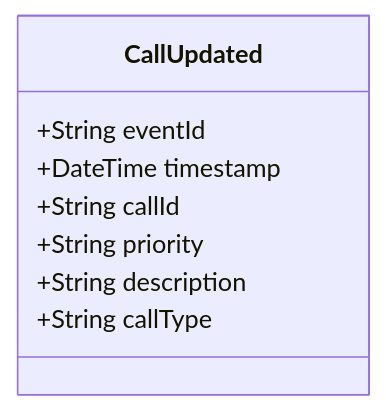
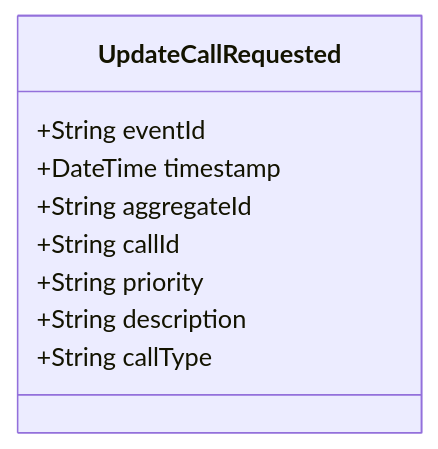
One commit to pgraff/police-system changed the diagram in doc/events/CallUpdated.md. Above: the diagram before and after it, drawn with Mermaid. The commit also changed other lines of this file and 58 other files, not shown here.

````diff
--- a/doc/events/CallUpdated.md
+++ b/doc/events/CallUpdated.md
@@ -9,11 +9,12 @@
 ```mermaid
 classDiagram
-    class CallUpdated {
+    class UpdateCallRequested {
         +String eventId
         +DateTime timestamp
+        +String aggregateId
         +String callId
         +String priority
         +String description
         +String callType
     }
 ```
````
